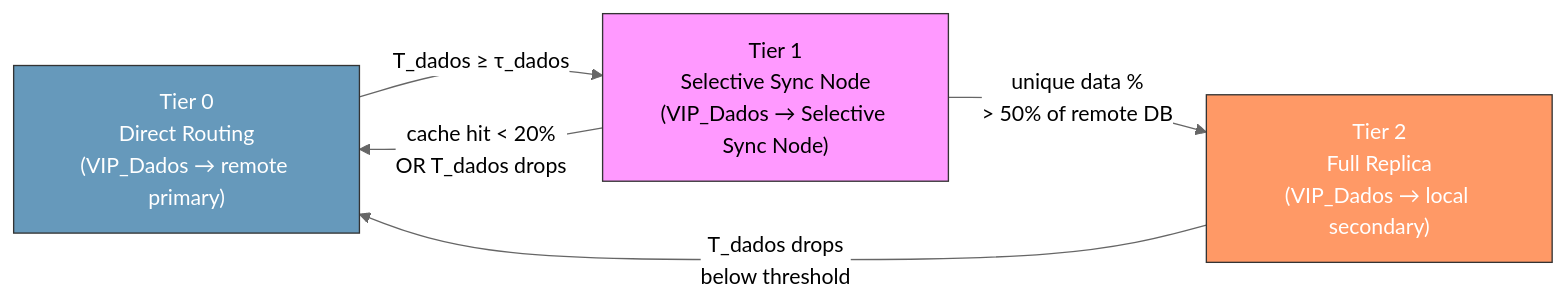
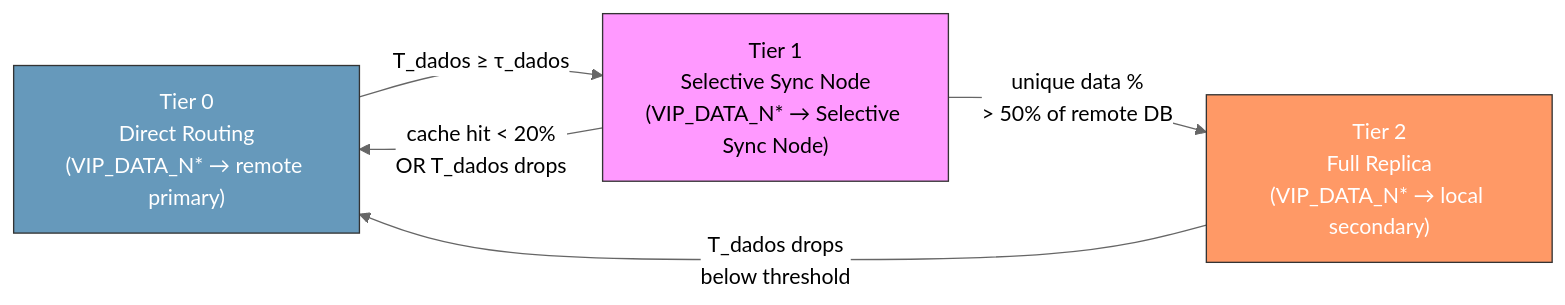
The ninth of 21 diagrams in docs/operation/system_scenarios.md (poioe20p/efficient-storage-in-edge-scenarios), drawn with Mermaid (neutral theme) before and after one commit. The commit also changed other lines of this file and 28 other files, not shown here.

````diff
--- a/docs/operation/system_scenarios.md
+++ b/docs/operation/system_scenarios.md
@@ -229,11 +229,11 @@
 ```mermaid
 graph LR
-    T0["Tier 0<br/>Direct Routing<br/>(VIP_Dados → remote primary)"] -->|"T_dados ≥ τ_dados"| T1["Tier 1<br/>Selective Sync Node<br/>(VIP_Dados → Selective Sync Node)"]
+    T0["Tier 0<br/>Direct Routing<br/>(VIP_DATA_N* → remote primary)"] -->|"T_dados ≥ τ_dados"| T1["Tier 1<br/>Selective Sync Node<br/>(VIP_DATA_N* → Selective Sync Node)"]
     T1 -->|"cache hit < 20%<br/>OR T_dados drops"| T0
-    T1 -->|"unique data %<br/>> 50% of remote DB"| T2["Tier 2<br/>Full Replica<br/>(VIP_Dados → local secondary)"]
+    T1 -->|"unique data %<br/>> 50% of remote DB"| T2["Tier 2<br/>Full Replica<br/>(VIP_DATA_N* → local secondary)"]
     T2 -->|"T_dados drops<br/>below threshold"| T0
 
     style T0 fill:#69b,stroke:#333,color:#fff
     style T1 fill:#f9f,stroke:#333,color:#000
     style T2 fill:#f96,stroke:#333,color:#fff
 ```
````
